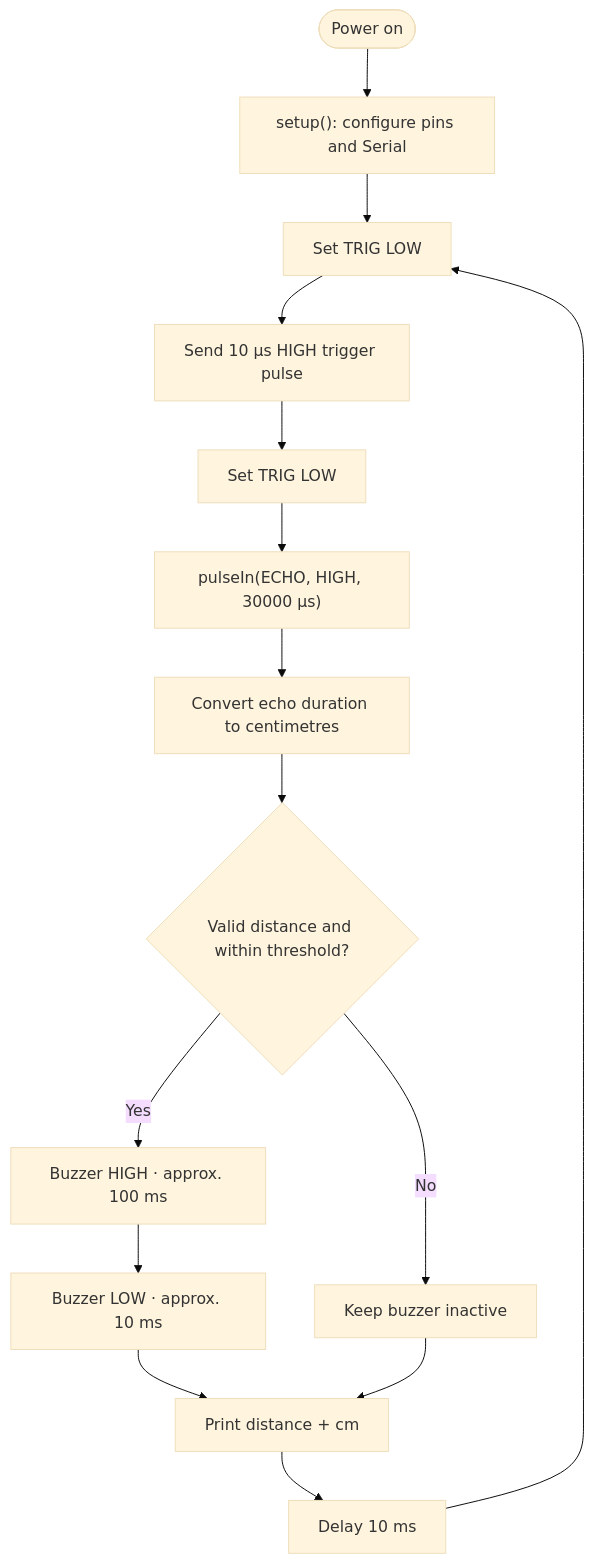
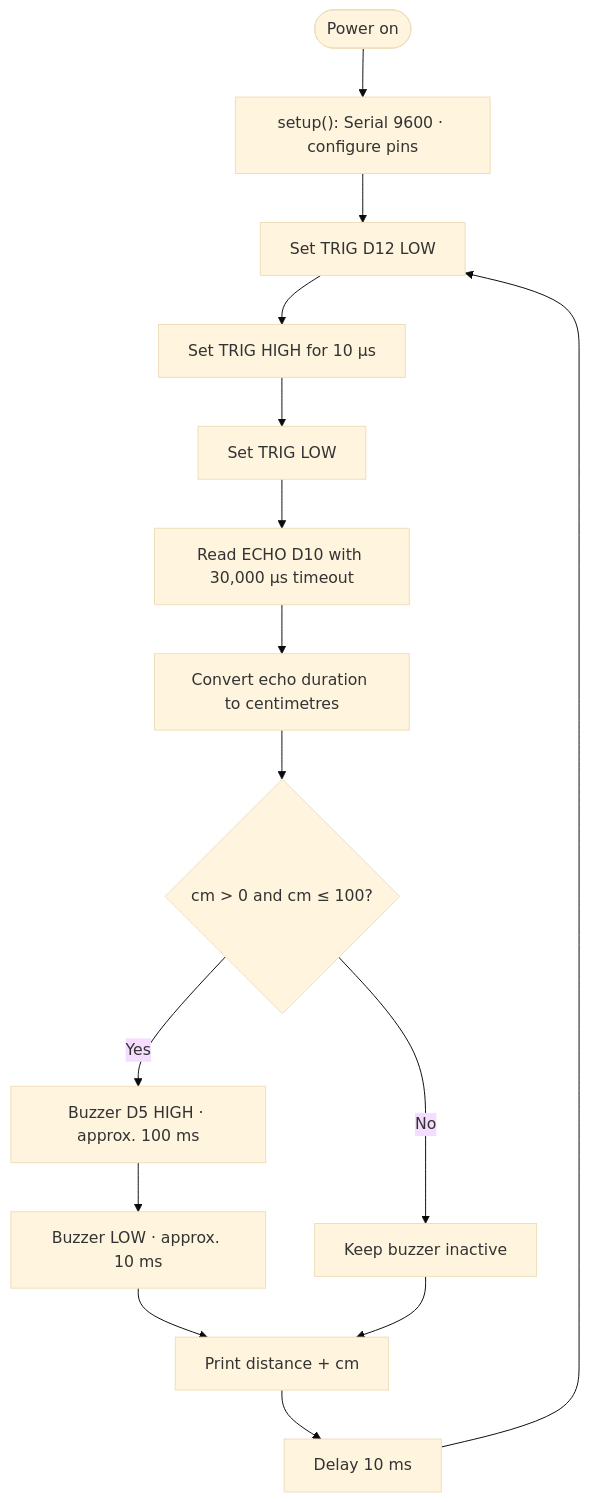
Before and after one commit to Supriyo016/Arduino-Uno-Third-Hand-Eye-Project-for-Visually-Impaired-Individuals: the second of 2 diagrams in README.md, drawn with Mermaid (base theme). The commit also changed other lines of this file, not shown here.

Commit message:
docs: expand numbered firmware flow and embed demo preview

````diff
--- a/README.md
+++ b/README.md
@@ -138,17 +154,17 @@
 ```mermaid
 flowchart TD
-    A([Power on]) --> B["setup(): configure pins and Serial"]
-    B --> C["Set TRIG LOW"]
-    C --> D["Send 10 µs HIGH trigger pulse"]
+    A([Power on]) --> B["setup(): Serial 9600 · configure pins"]
+    B --> C["Set TRIG D12 LOW"]
+    C --> D["Set TRIG HIGH for 10 µs"]
     D --> E["Set TRIG LOW"]
-    E --> F["pulseIn(ECHO, HIGH, 30000 µs)"]
+    E --> F["Read ECHO D10 with 30,000 µs timeout"]
     F --> G["Convert echo duration to centimetres"]
-    G --> H{"Valid distance and within threshold?"}
-    H -- "Yes" --> I["Buzzer HIGH · approx. 100 ms"]
+    G --> H{"cm > 0 and cm ≤ 100?"}
+    H -- Yes --> I["Buzzer D5 HIGH · approx. 100 ms"]
     I --> J["Buzzer LOW · approx. 10 ms"]
-    H -- "No" --> K["Keep buzzer inactive"]
+    H -- No --> K["Keep buzzer inactive"]
     J --> L["Print distance + cm"]
     K --> L
     L --> M["Delay 10 ms"]
     M --> C
 ```
````
